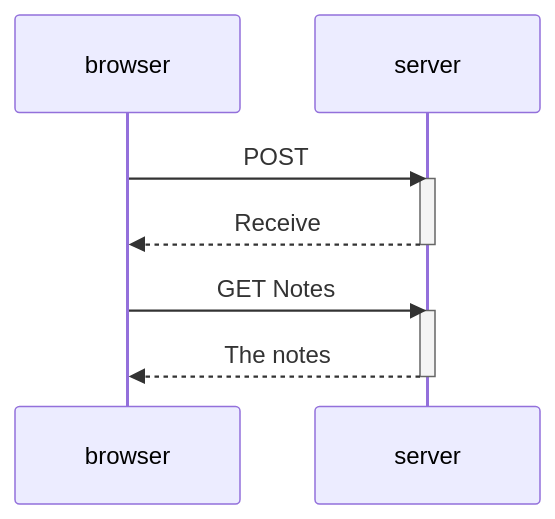
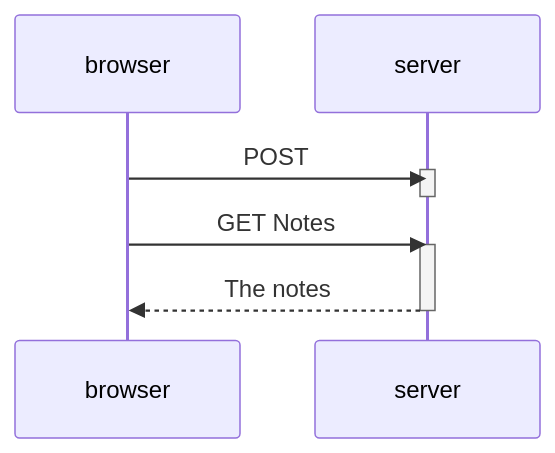
The second of 2 diagrams in part0/sol.md (Hyp3Boy/full_stack_course), drawn with Mermaid before and after one commit.

Commit message:
fix: fix second example diagram

````diff
--- a/part0/sol.md
+++ b/part0/sol.md
@@ -36,15 +36,14 @@
 ```mermaid
 sequenceDiagram
     participant browser
     participant server
 
     browser->>server: POST 
     activate server
-    server-->>browser: Receive
     deactivate server
 
     browser->>server: GET Notes
     activate server
     server-->>browser: The notes
     deactivate server
 ```
````
